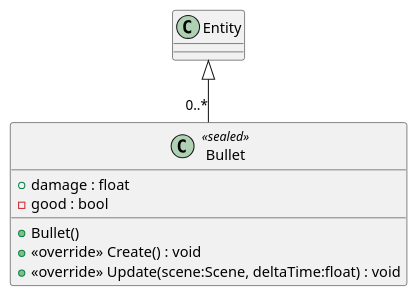
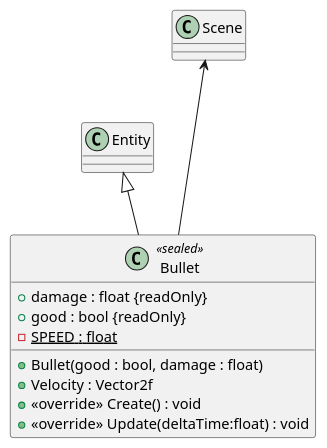
One commit to Ruby1405/PaceInvaders changed the diagram in plantuml/Bullet.puml. Above: the diagram before and after it, drawn with PlantUML. The commit also changed 15 other files, not shown here.

Commit message:
updated class diagram

```diff
--- a/plantuml/Bullet.puml
+++ b/plantuml/Bullet.puml
@@ -1,10 +1,13 @@
 @startuml
 class Bullet <<sealed>> {
-    + damage : float
-    - good : bool
-    + Bullet()
+    + damage : float {readOnly}
+    + good : bool {readOnly}
+    - {static} SPEED : float
+    + Bullet(good : bool, damage : float)
+    + {method} Velocity : Vector2f
     + <<override>> Create() : void
-    + <<override>> Update(scene:Scene, deltaTime:float) : void
+    + <<override>> Update(deltaTime:float) : void
 }
-Entity <|-- "0..*" Bullet
+Entity <|-- Bullet
+Scene <--- Bullet
 @enduml
```
